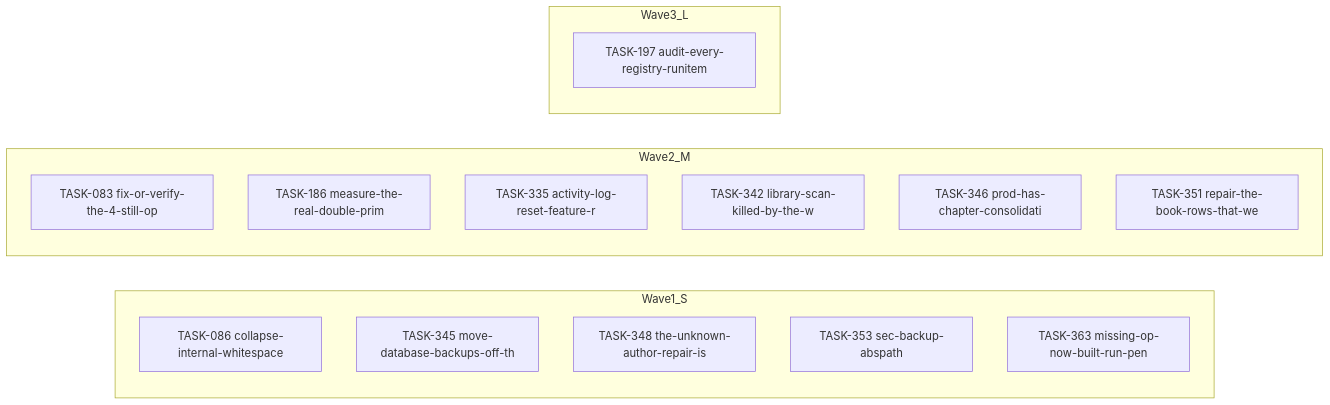
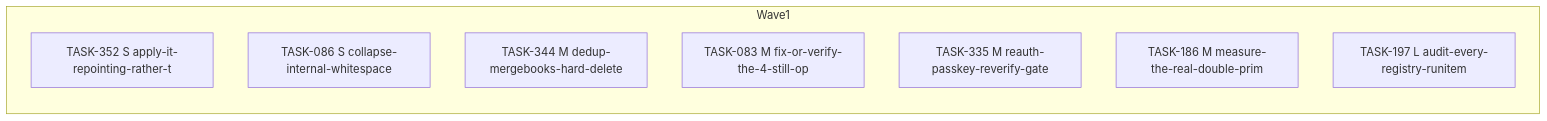
The diagram in docs/agent-tasks/todo-completion-2026-09/misc-go/orchestration.md (falkcorp/audiobook-organizer), drawn with Mermaid before and after one commit. The commit also changed other lines of this file and 270 other files, not shown here.

````diff
--- a/docs/agent-tasks/todo-completion-2026-09/misc-go/orchestration.md
+++ b/docs/agent-tasks/todo-completion-2026-09/misc-go/orchestration.md
@@ -10,21 +10,12 @@
 ```mermaid
 flowchart LR
-    subgraph Wave1_S
-      TASK086[TASK-086 collapse-internal-whitespace]
-      TASK345[TASK-345 move-database-backups-off-th]
-      TASK348[TASK-348 the-unknown-author-repair-is]
-      TASK353[TASK-353 sec-backup-abspath]
-      TASK363[TASK-363 missing-op-now-built-run-pen]
-    end
-    subgraph Wave2_M
-      TASK083[TASK-083 fix-or-verify-the-4-still-op]
-      TASK186[TASK-186 measure-the-real-double-prim]
-      TASK335[TASK-335 activity-log-reset-feature-r]
-      TASK342[TASK-342 library-scan-killed-by-the-w]
-      TASK346[TASK-346 prod-has-chapter-consolidati]
-      TASK351[TASK-351 repair-the-book-rows-that-we]
-    end
-    subgraph Wave3_L
-      TASK197[TASK-197 audit-every-registry-runitem]
+    subgraph Wave1
+      TASK352[TASK-352 S apply-it-repointing-rather-t]
+      TASK086[TASK-086 S collapse-internal-whitespace]
+      TASK344[TASK-344 M dedup-mergebooks-hard-delete]
+      TASK083[TASK-083 M fix-or-verify-the-4-still-op]
+      TASK335[TASK-335 M reauth-passkey-reverify-gate]
+      TASK186[TASK-186 M measure-the-real-double-prim]
+      TASK197[TASK-197 L audit-every-registry-runitem]
     end
 ```
````
